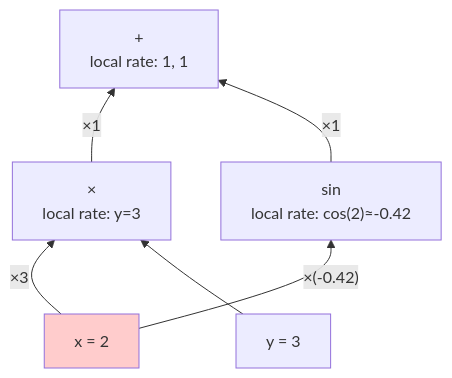
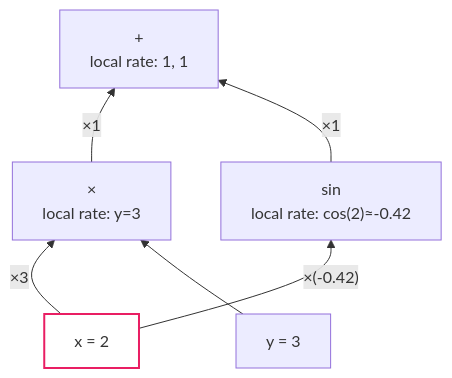
Before and after one commit to bolu-atx/bolu-atx.github.io: the fourth of 9 diagrams in _posts/2026-01-03-autodiff-part1-intuition.md, drawn with Mermaid. The commit also changed other lines of this file, not shown here.

Commit message:
Use stroke-only styling for Mermaid diagrams (no fills)

````diff
--- a/_posts/2026-01-03-autodiff-part1-intuition.md
+++ b/_posts/2026-01-03-autodiff-part1-intuition.md
@@ -177,16 +177,16 @@
 ```mermaid
 graph BT
     x["x = 2"]
     y["y = 3"]
     mul["×<br/>local rate: y=3"]
     sin["sin<br/>local rate: cos(2)≈-0.42"]
     add["+<br/>local rate: 1, 1"]
 
     x -->|"×3"| mul
     y --> mul
     x -->|"×(-0.42)"| sin
     mul -->|"×1"| add
     sin -->|"×1"| add
 
-    style x fill:#ffcccc
+    style x fill:none,stroke:#E91E63,stroke-width:2px
 ```
````
